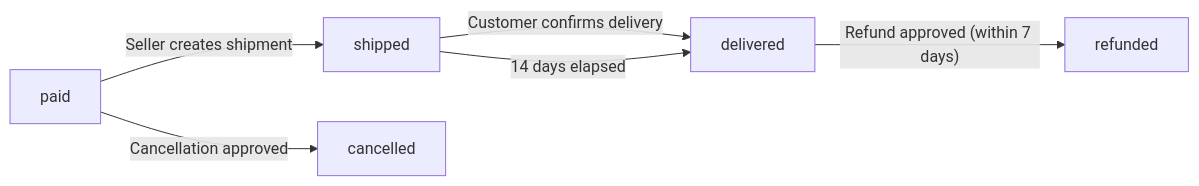
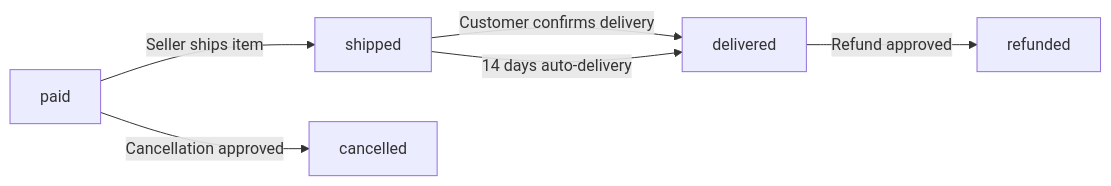
Before and after one commit to wrtnlabs/autobe-examples: the first of 2 diagrams in qwen/qwen3.5-27b/shopping/docs/analysis/02-domain-model.md, drawn with Mermaid. The commit also changed other lines of this file and 32093 other files, not shown here.

````diff
--- a/qwen/qwen3.5-27b/shopping/docs/analysis/02-domain-model.md
+++ b/qwen/qwen3.5-27b/shopping/docs/analysis/02-domain-model.md
@@ -4422,8 +742,8 @@
 ```mermaid
 flowchart LR
-    A["paid"] -->|"Seller creates shipment"| B["shipped"]
-    B -->|"Customer confirms delivery"| C["delivered"]
-    B -->|"14 days elapsed"| C
-    A -->|"Cancellation approved"| D["cancelled"]
-    C -->|"Refund approved (within 7 days)"| E["refunded"]
+    A["paid"] -->|"Seller ships item"| B["shipped"]
+    A -->|"Cancellation approved"| C["cancelled"]
+    B -->|"Customer confirms delivery"| D["delivered"]
+    B -->|"14 days auto-delivery"| D
+    D -->|"Refund approved"| E["refunded"]
 ```
````
